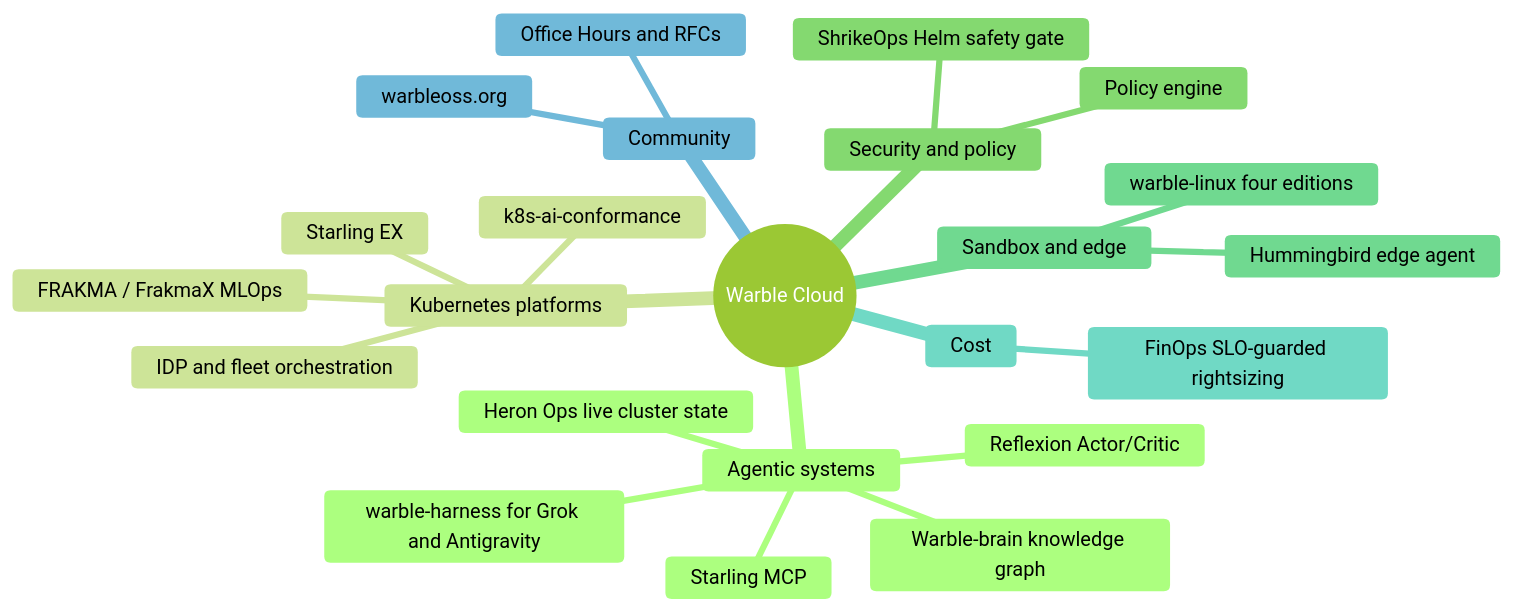
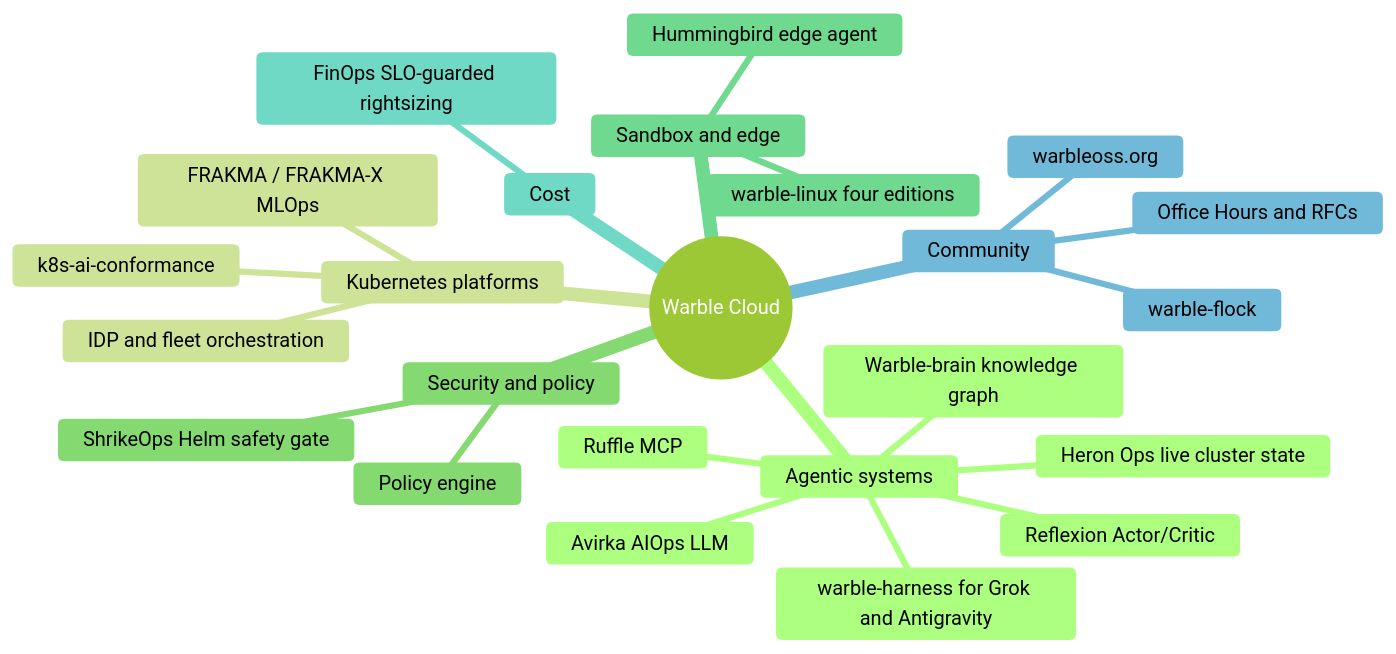
The second of 2 diagrams in profile/README.md (warbletech/.github), drawn with Mermaid (forest theme) before and after one commit. The commit also changed other lines of this file and 12 other files, not shown here.

````diff
--- a/profile/README.md
+++ b/profile/README.md
@@ -174,26 +195,27 @@
 ```mermaid
 mindmap
   root((Warble Cloud))
     Agentic systems
-      Starling MCP
+      Ruffle MCP
       Heron Ops live cluster state
       Reflexion Actor/Critic
       Warble-brain knowledge graph
+      Avirka AIOps LLM
       warble-harness for Grok and Antigravity
     Kubernetes platforms
-      Starling EX
-      FRAKMA / FrakmaX MLOps
+      FRAKMA / FRAKMA-X MLOps
       IDP and fleet orchestration
       k8s-ai-conformance
     Security and policy
       ShrikeOps Helm safety gate
       Policy engine
     Sandbox and edge
       warble-linux four editions
       Hummingbird edge agent
     Cost
       FinOps SLO-guarded rightsizing
     Community
       warbleoss.org
+      warble-flock
       Office Hours and RFCs
 ```
````
